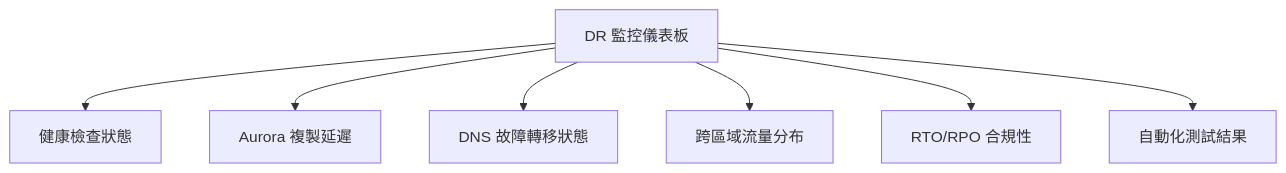
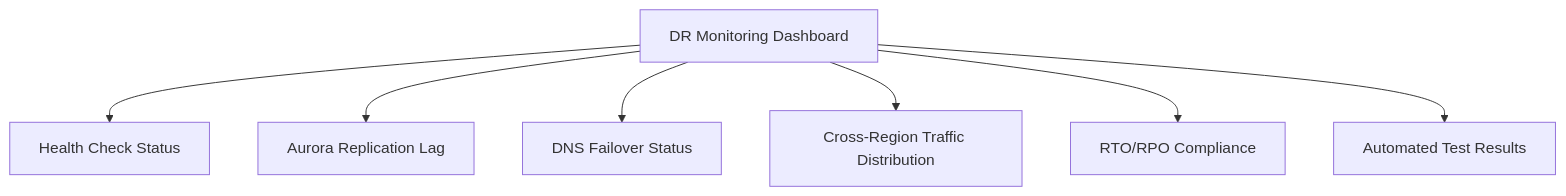
One commit to humank/genai-demo changed the fifth of 5 diagrams in docs/architecture/disaster-recovery-design.md. Above: the diagram before and after it, drawn with Mermaid. The commit also changed other lines of this file and 453 other files, not shown here.

First line of the commit message:
feat: Complete translation of key architecture and API documentation

````diff
--- a/docs/architecture/disaster-recovery-design.md
+++ b/docs/architecture/disaster-recovery-design.md
@@ -427,9 +427,9 @@
 ```mermaid
 graph TB
-    A[DR 監控儀表板] --> B[健康檢查狀態]
-    A --> C[Aurora 複製延遲]
-    A --> D[DNS 故障轉移狀態]
-    A --> E[跨區域流量分布]
-    A --> F[RTO/RPO 合規性]
-    A --> G[自動化測試結果]
+    A[DR Monitoring Dashboard] --> B[Health Check Status]
+    A --> C[Aurora Replication Lag]
+    A --> D[DNS Failover Status]
+    A --> E[Cross-Region Traffic Distribution]
+    A --> F[RTO/RPO Compliance]
+    A --> G[Automated Test Results]
 ```
````
